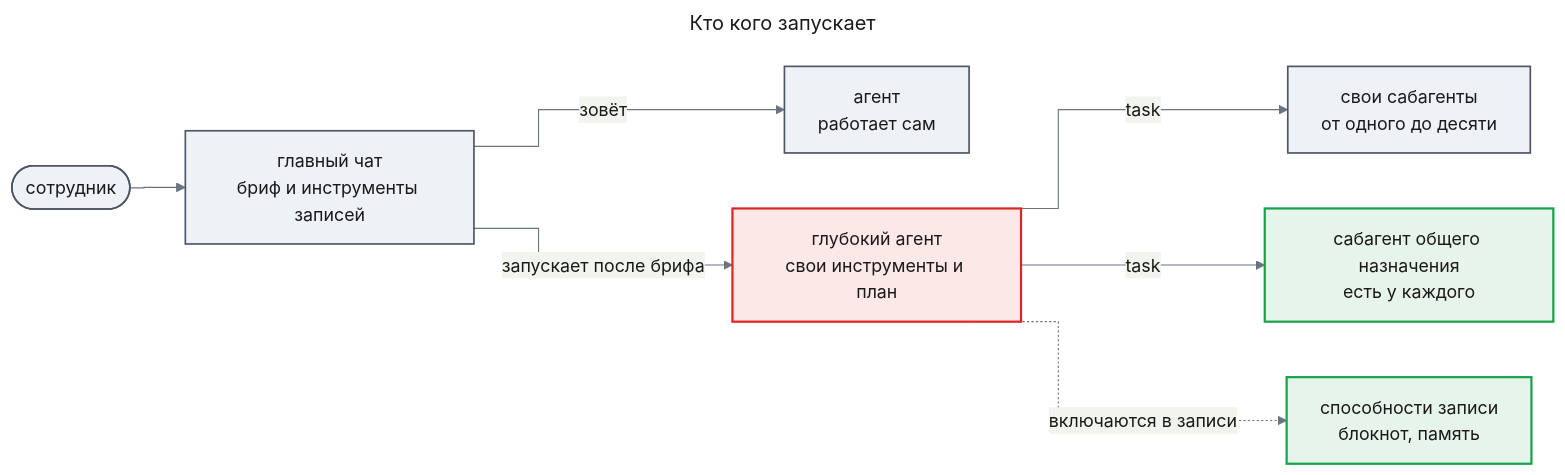
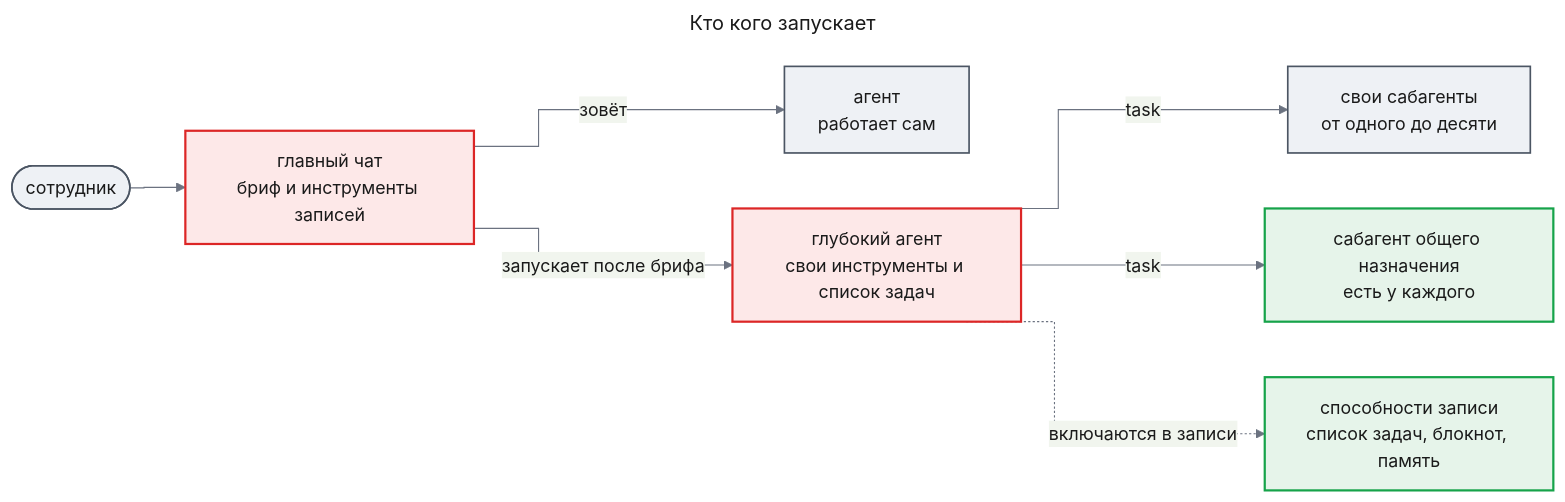
The first of 4 diagrams in docs/features/deep-agents/prd.md (tundraray/agent-os), drawn with Mermaid before and after one commit. The commit also changed other lines of this file, not shown here.

Commit message:
docs(deep-agents): reduce the PRD to the target design and renumber

````diff
--- a/docs/features/deep-agents/prd.md
+++ b/docs/features/deep-agents/prd.md
@@ -51,35 +49,35 @@
 ```mermaid
 ---
 title: "Кто кого запускает"
 config:
   theme: base
   look: classic
   themeVariables:
     primaryColor: "#eef1f5"
     primaryBorderColor: "#4b5563"
     primaryTextColor: "#1a1a1a"
     lineColor: "#6b7280"
   flowchart:
     curve: step
 ---
 flowchart LR
     user(["сотрудник"])
     chat["главный чат<br/>бриф и инструменты записей"]
     agent["агент<br/>работает сам"]
-    deep["глубокий агент<br/>свои инструменты и план"]
+    deep["глубокий агент<br/>свои инструменты и список задач"]
     own["свои сабагенты<br/>от одного до десяти"]
     gp["сабагент общего назначения<br/>есть у каждого"]
-    caps["способности записи<br/>блокнот, память"]
+    caps["способности записи<br/>список задач, блокнот, память"]
     user --> chat
     chat -->|"зовёт"| agent
     chat -->|"запускает после брифа"| deep
     deep -->|"task"| own
     deep -->|"task"| gp
     deep -.->|"включаются в записи"| caps
     classDef changed fill:#fde8e8,stroke:#dc2626,stroke-width:2px,color:#1a1a1a
     classDef new fill:#e6f4ea,stroke:#16a34a,stroke-width:2px,color:#1a1a1a
     classDef unchanged fill:#eef1f5,stroke:#4b5563,stroke-width:1.5px,color:#1a1a1a
-    class user,chat,agent,own unchanged
-    class deep changed
+    class user,agent,own unchanged
+    class chat,deep changed
     class gp,caps new
 ```
````
